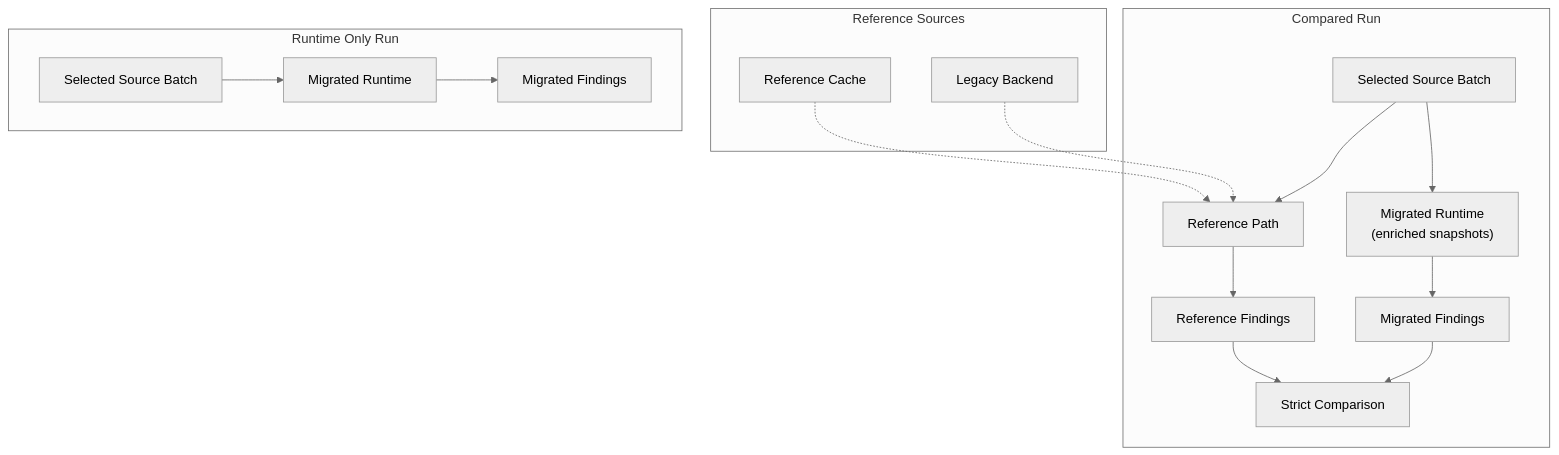
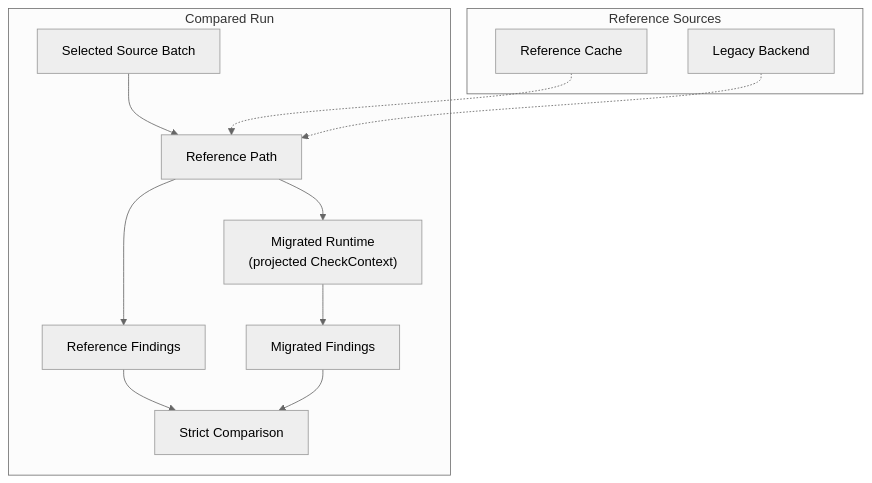
The diagram in docs/explanation/reference-data-and-parity.md (bobcorn/openfoodfacts-data-quality), drawn with Mermaid (neutral theme) before and after one commit. The commit also changed other lines of this file and 86 other files, not shown here.

````diff
--- a/docs/explanation/reference-data-and-parity.md
+++ b/docs/explanation/reference-data-and-parity.md
@@ -45,32 +45,25 @@
 ```mermaid
 flowchart TB
     subgraph COMP["Compared Run"]
         A["Selected Source Batch"]
         B["Reference Path"]
-        C["Migrated Runtime<br/>(enriched snapshots)"]
+        C["Migrated Runtime<br/>(projected CheckContext)"]
         D["Reference Findings"]
         E["Migrated Findings"]
         F["Strict Comparison"]
         A --> B
-        A --> C
         B --> D
+        B --> C
         C --> E
         D --> F
         E --> F
     end
 
     subgraph REF["Reference Sources"]
         H["Reference Cache"]
         I["Legacy Backend"]
     end
 
     H -.-> B
     I -.-> B
-
-    subgraph RTO["Runtime Only Run"]
-        J["Selected Source Batch"]
-        K["Migrated Runtime"]
-        L["Migrated Findings"]
-        J --> K --> L
-    end
 ```
````
